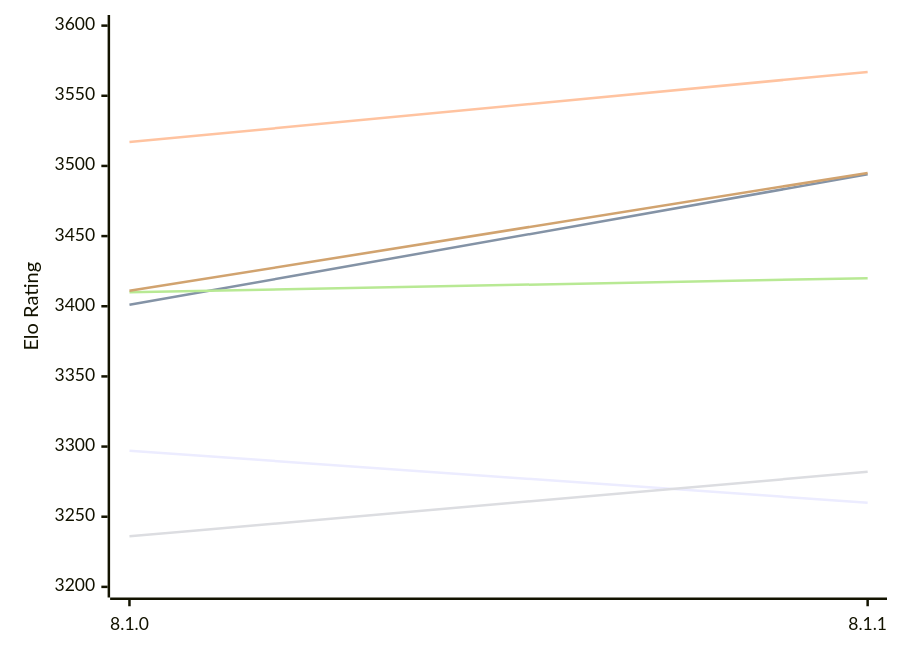
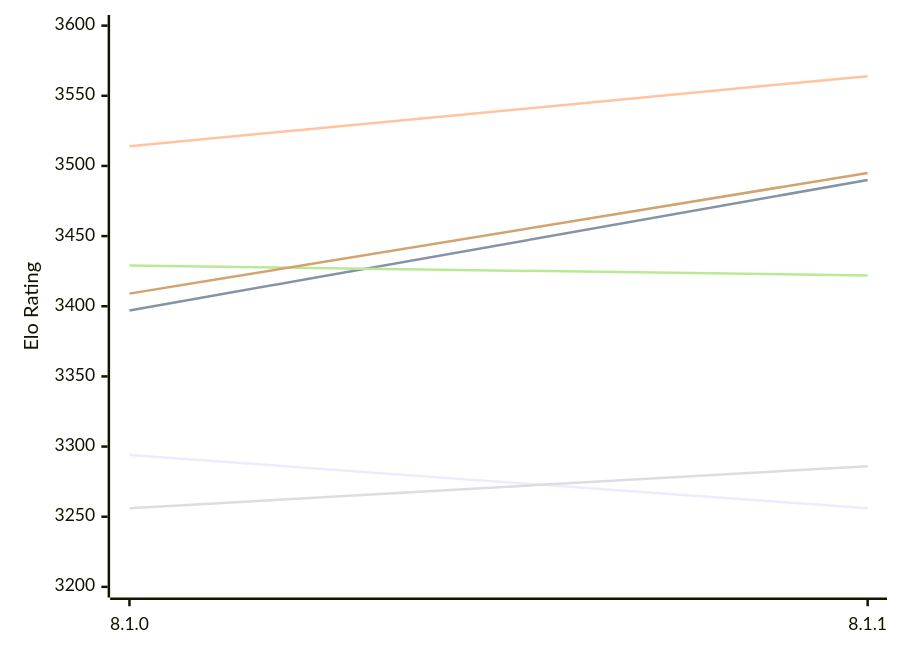
Before and after one commit to computer-chess-index/cci: the first of 2 diagrams in engines/Velvet.md, drawn with Mermaid. The commit also changed other lines of this file, not shown here.

Commit message:
Update CCI Ratings (ELO VLTC) - 2026-11-21

````diff
--- a/engines/Velvet.md
+++ b/engines/Velvet.md
@@ -51,12 +51,12 @@
 ```mermaid
 %%{init: {"theme":"base","themeVariables":{"seriesColors:['#a3a3a3','#222221','#faa371']}}}%%
 xychart-beta
   x-axis ["8.1.0", "8.1.1"]
   y-axis "Elo Rating" 3200 --> 3600
-  line "E1: STC (8.0+0.08s)" [3297, 3260]
-  line "E1: LTC (60.0+0.60s)" [3401, 3494]
-  line "E1: VLTC (2m24s+1.12s)" [3517, 3567]
-  line "P1: STC (8.0+0.08s)" [3236, 3282]
-  line "P1: LTC (60.0+0.60s)" [3410, 3420]
-  line "P1: VLTC (2m24s+1.12s)" [3411, 3495]
+  line "E1: STC (8.0+0.08s)" [3294, 3256]
+  line "E1: LTC (60.0+0.60s)" [3397, 3490]
+  line "E1: VLTC (2m24s+1.12s)" [3514, 3564]
+  line "P1: STC (8.0+0.08s)" [3256, 3286]
+  line "P1: LTC (60.0+0.60s)" [3429, 3422]
+  line "P1: VLTC (2m24s+1.12s)" [3409, 3495]
 ```
````
